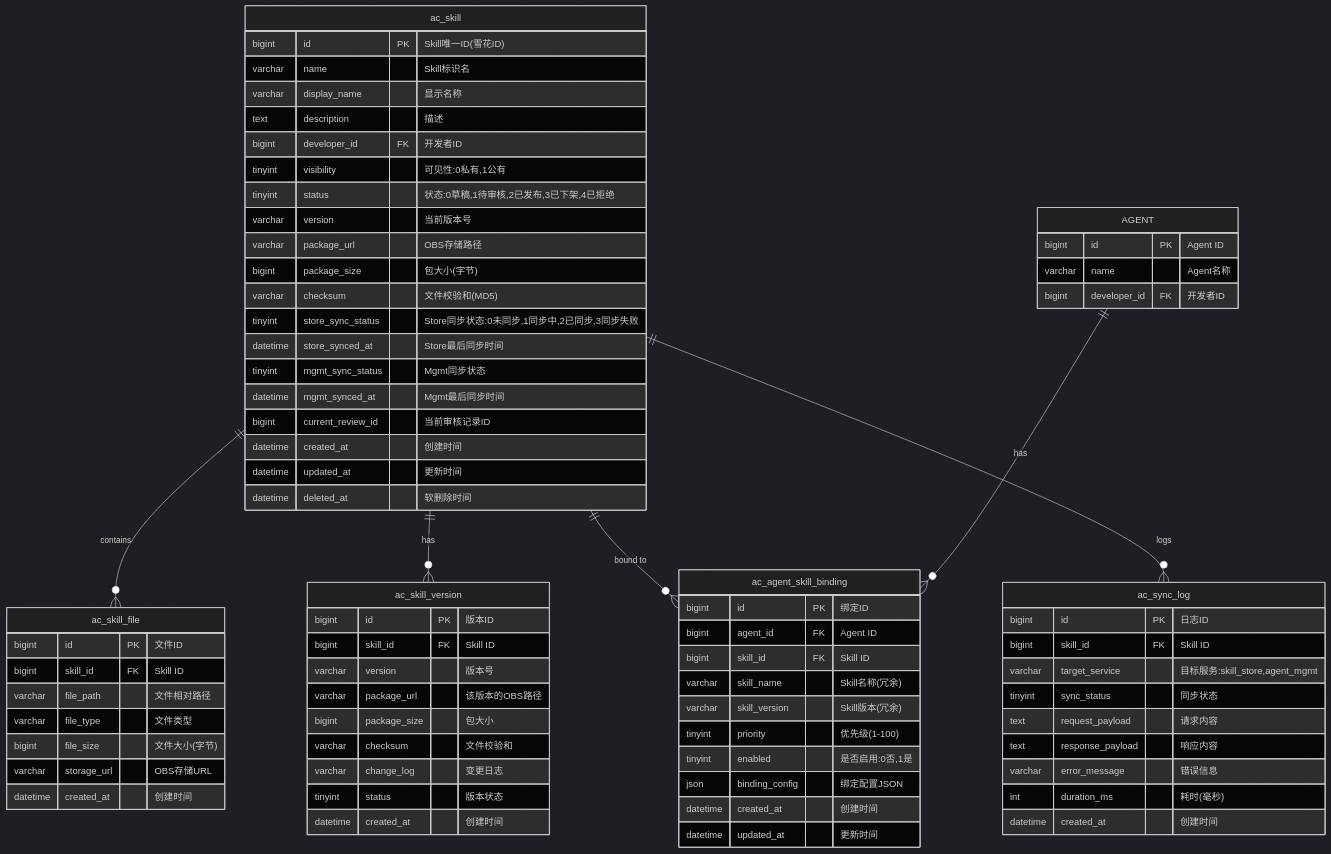
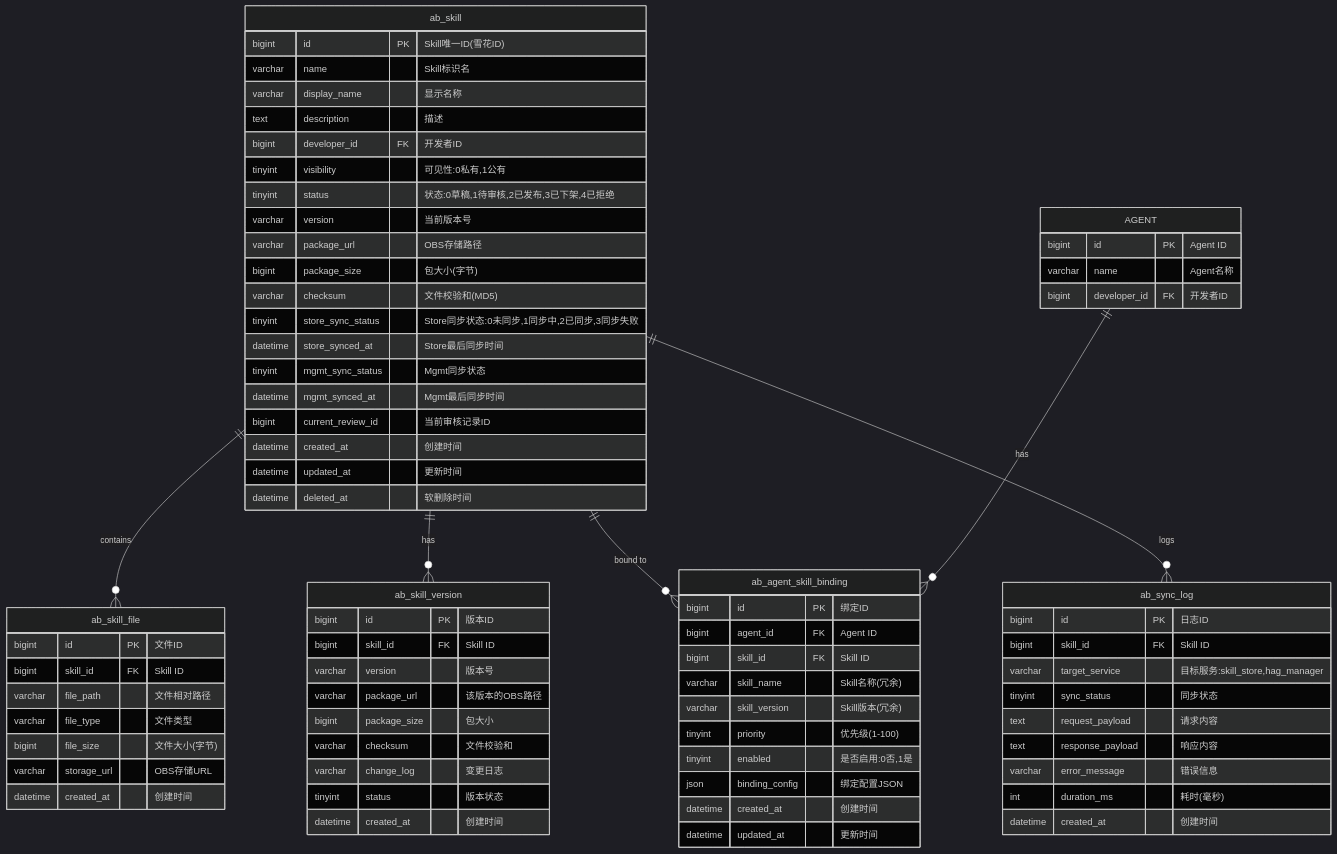
Diagram 18 of 33 in architecture-design.md (jinyule/xiaoyi-skill-mgmt), drawn with Mermaid (dark theme) before and after one commit. The commit also changed other lines of this file, not shown here.

````diff
--- a/architecture-design.md
+++ b/architecture-design.md
@@ -538,12 +538,12 @@
 ```mermaid
 erDiagram
-    ac_skill ||--o{ ac_skill_file : contains
-    ac_skill ||--o{ ac_skill_version : has
-    ac_skill ||--o{ ac_agent_skill_binding : "bound to"
-    ac_skill ||--o{ ac_sync_log : logs
-    AGENT ||--o{ ac_agent_skill_binding : has
+    ab_skill ||--o{ ab_skill_file : contains
+    ab_skill ||--o{ ab_skill_version : has
+    ab_skill ||--o{ ab_agent_skill_binding : "bound to"
+    ab_skill ||--o{ ab_sync_log : logs
+    AGENT ||--o{ ab_agent_skill_binding : has
 
-    ac_skill {
+    ab_skill {
         bigint id PK "Skill唯一ID(雪花ID)"
         varchar name "Skill标识名"
         varchar display_name "显示名称"
@@ -565,7 +565,7 @@
         datetime deleted_at "软删除时间"
     }
 
-    ac_skill_file {
+    ab_skill_file {
         bigint id PK "文件ID"
         bigint skill_id FK "Skill ID"
         varchar file_path "文件相对路径"
@@ -575,7 +575,7 @@
         datetime created_at "创建时间"
     }
 
-    ac_skill_version {
+    ab_skill_version {
         bigint id PK "版本ID"
         bigint skill_id FK "Skill ID"
         varchar version "版本号"
@@ -587,7 +587,7 @@
         datetime created_at "创建时间"
     }
 
-    ac_agent_skill_binding {
+    ab_agent_skill_binding {
         bigint id PK "绑定ID"
         bigint agent_id FK "Agent ID"
         bigint skill_id FK "Skill ID"
@@ -600,10 +600,10 @@
         datetime updated_at "更新时间"
     }
 
-    ac_sync_log {
+    ab_sync_log {
         bigint id PK "日志ID"
         bigint skill_id FK "Skill ID"
-        varchar target_service "目标服务:skill_store,agent_mgmt"
+        varchar target_service "目标服务:skill_store,hag_manager"
         tinyint sync_status "同步状态"
         text request_payload "请求内容"
         text response_payload "响应内容"
````
